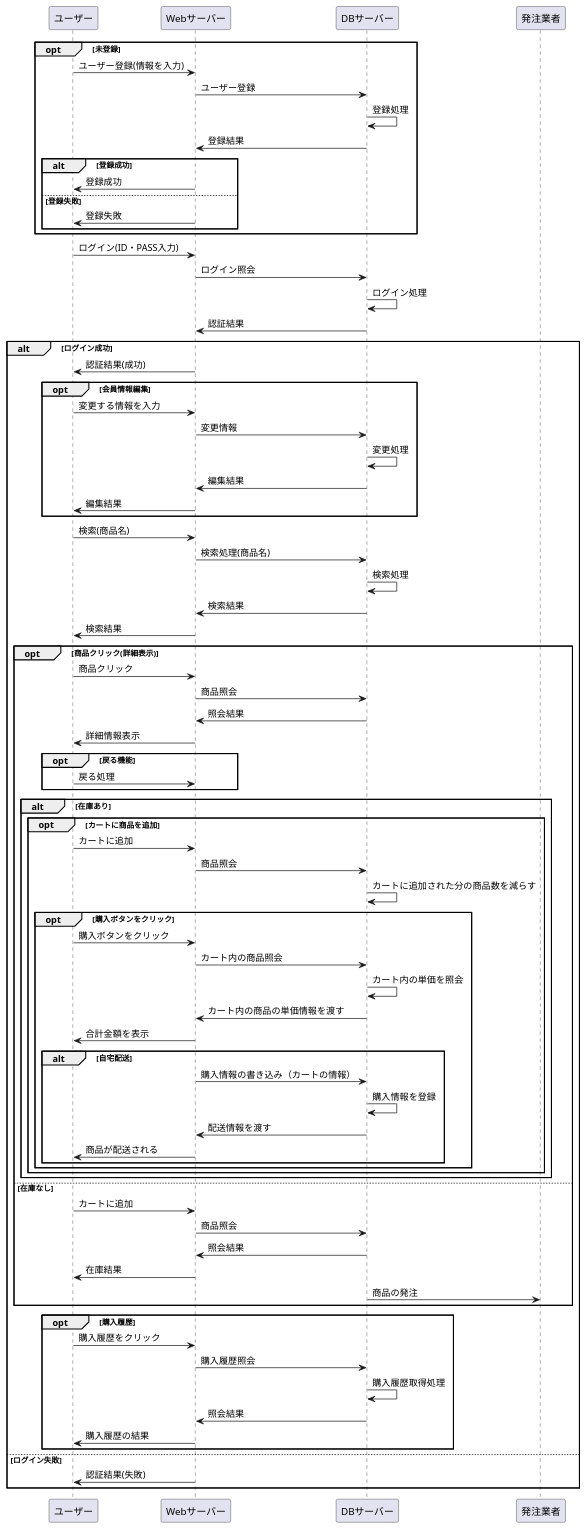
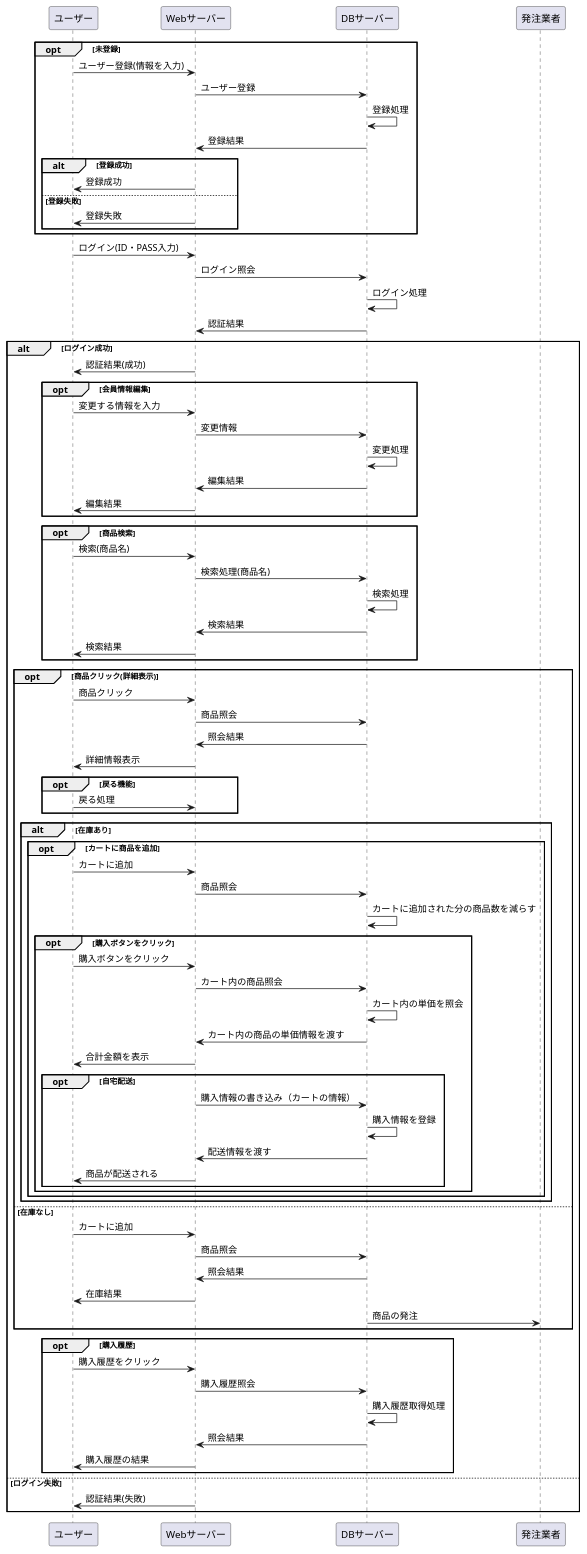
Before and after one commit to Aso2001227/Aso-Sports-1: the diagram in 設計書/02_業務フロー/business-flow-test.md, drawn with PlantUML.

```diff
--- a/設計書/02_業務フロー/business-flow-test.md
+++ b/設計書/02_業務フロー/business-flow-test.md
@@ -50,12 +50,13 @@
 
 
 
-
+opt 商品検索
 ユーザー -> Webサーバー : 検索(商品名)
 Webサーバー -> DBサーバー : 検索処理(商品名)
 DBサーバー -> DBサーバー : 検索処理
 DBサーバー -> Webサーバー : 検索結果
 Webサーバー -> ユーザー : 検索結果
+end
 
 
 
@@ -99,7 +100,7 @@
 DBサーバー -> DBサーバー : カート内の単価を照会
 DBサーバー -> Webサーバー :カート内の商品の単価情報を渡す
 Webサーバー -> ユーザー:合計金額を表示
-alt 自宅配送
+opt 自宅配送
 Webサーバー -> DBサーバー :購入情報の書き込み（カートの情報）
 DBサーバー -> DBサーバー :購入情報を登録
 DBサーバー -> Webサーバー :配送情報を渡す
```
